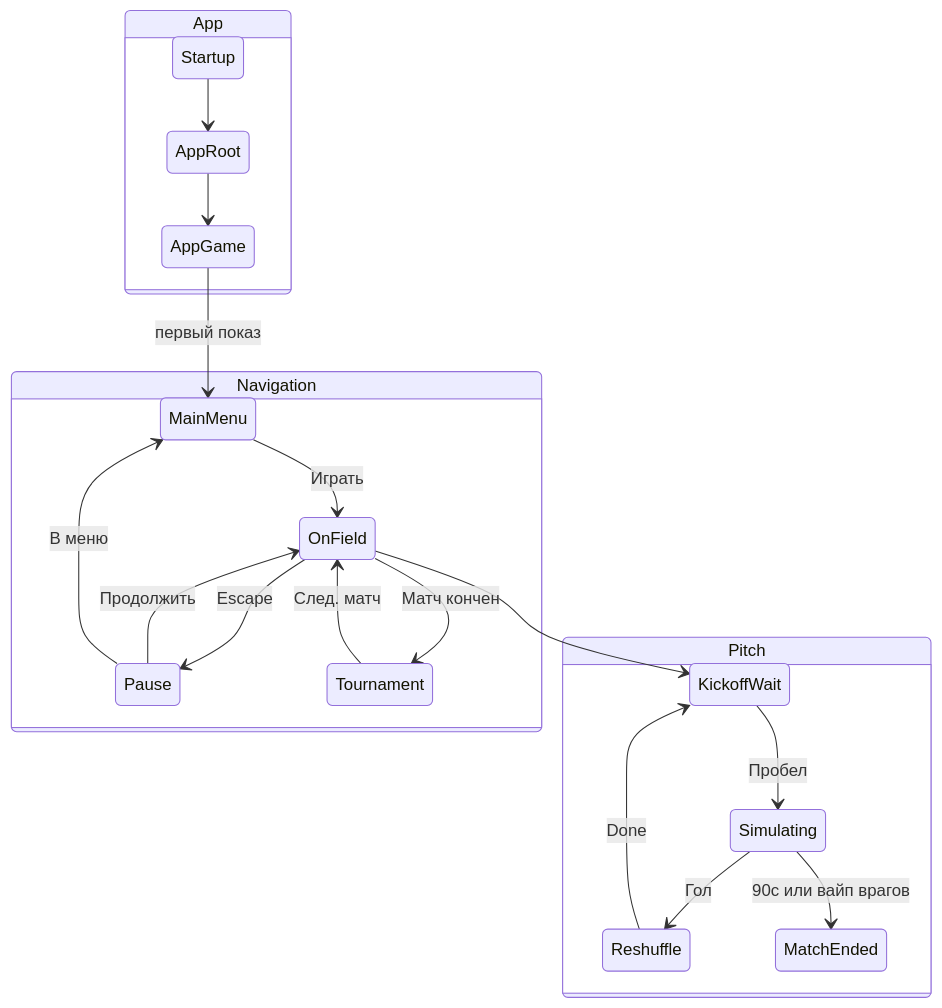
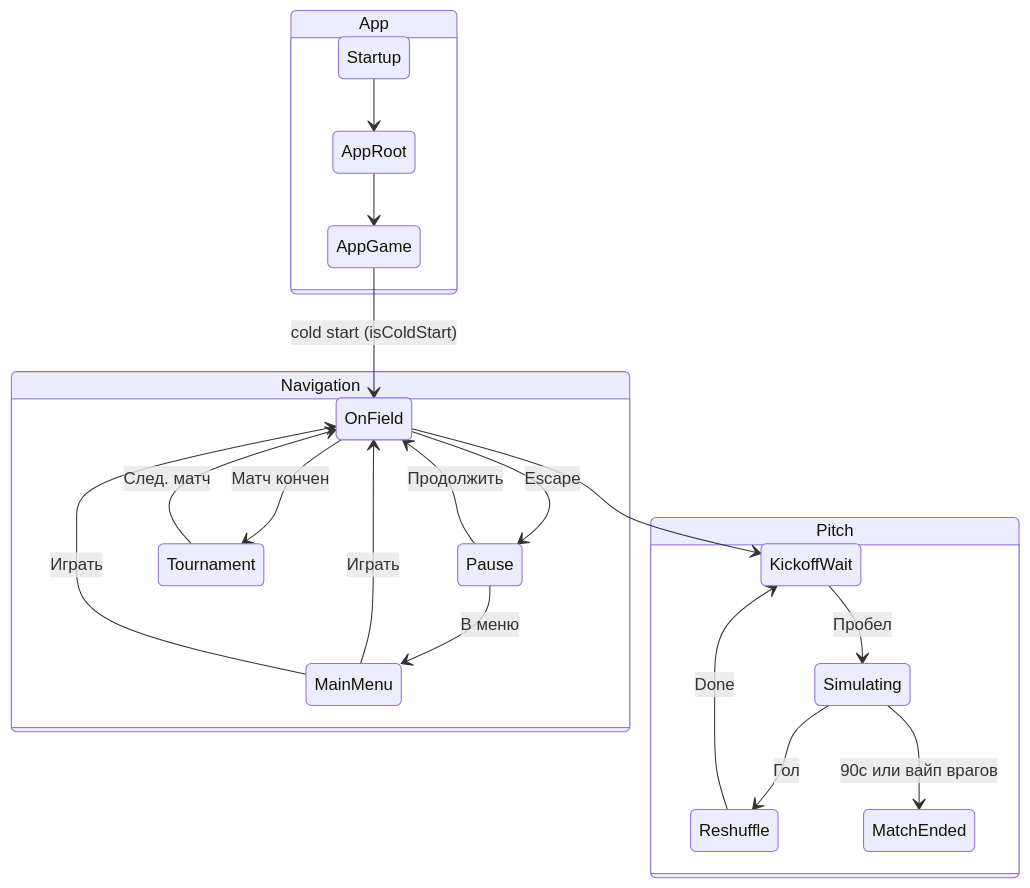
Before and after one commit to DeployChef/Futboloid: the diagram in Wiki/FutboloidWiki/Архитектура/Индекс архитектуры.md, drawn with Mermaid. The commit also changed 41 other files, not shown here.

````diff
--- a/Wiki/FutboloidWiki/Архитектура/Индекс архитектуры.md
+++ b/Wiki/FutboloidWiki/Архитектура/Индекс архитектуры.md
@@ -61,26 +61,27 @@
 ```mermaid
 stateDiagram-v2
     state "App" as app {
         Startup --> AppRoot
         AppRoot --> AppGame
     }
 
     state "Navigation" as nav {
         MainMenu --> OnField: Играть
         OnField --> Pause: Escape
         Pause --> OnField: Продолжить
         OnField --> Tournament: Матч кончен
         Tournament --> OnField: След. матч
         Pause --> MainMenu: В меню
     }
 
     state "Pitch" as pitch {
         KickoffWait --> Simulating: Пробел
         Simulating --> Reshuffle: Гол
         Reshuffle --> KickoffWait: Done
         Simulating --> MatchEnded: 90с или вайп врагов
     }
 
-    AppGame --> MainMenu: первый показ
+    AppGame --> OnField: cold start (isColdStart)
+    MainMenu --> OnField: Играть
     OnField --> KickoffWait
 ```
````
